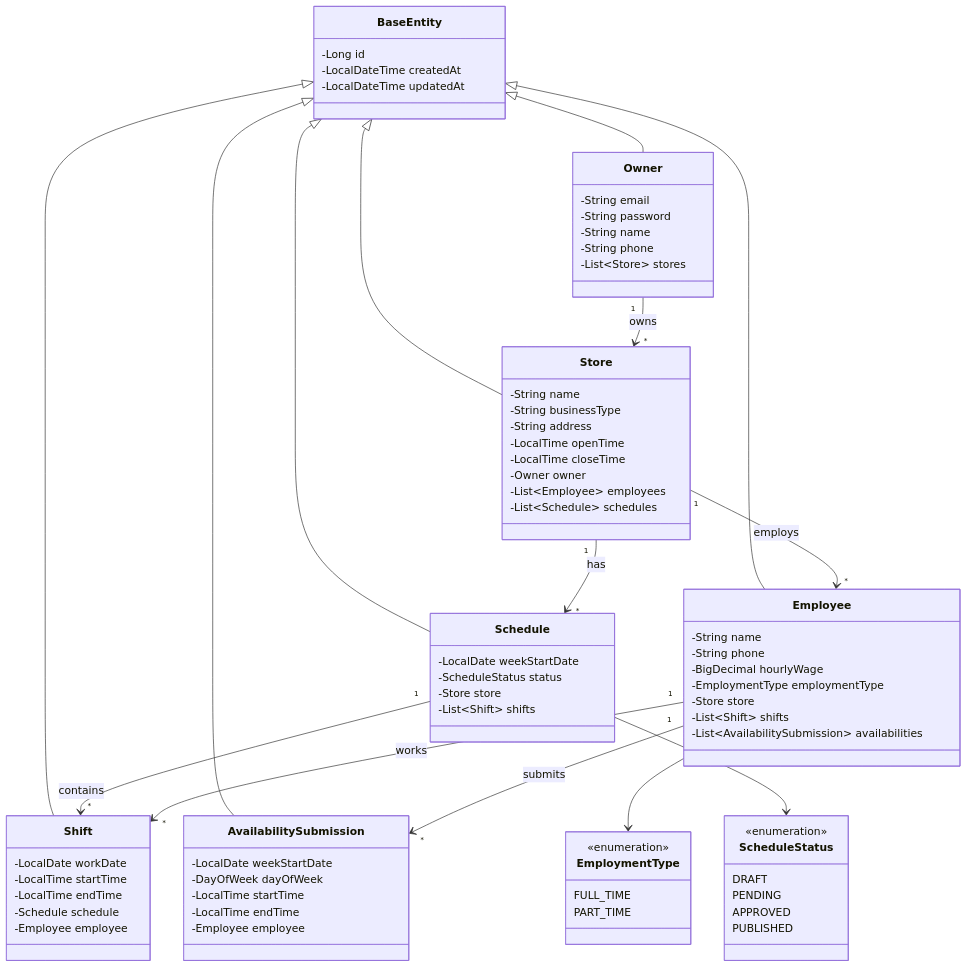
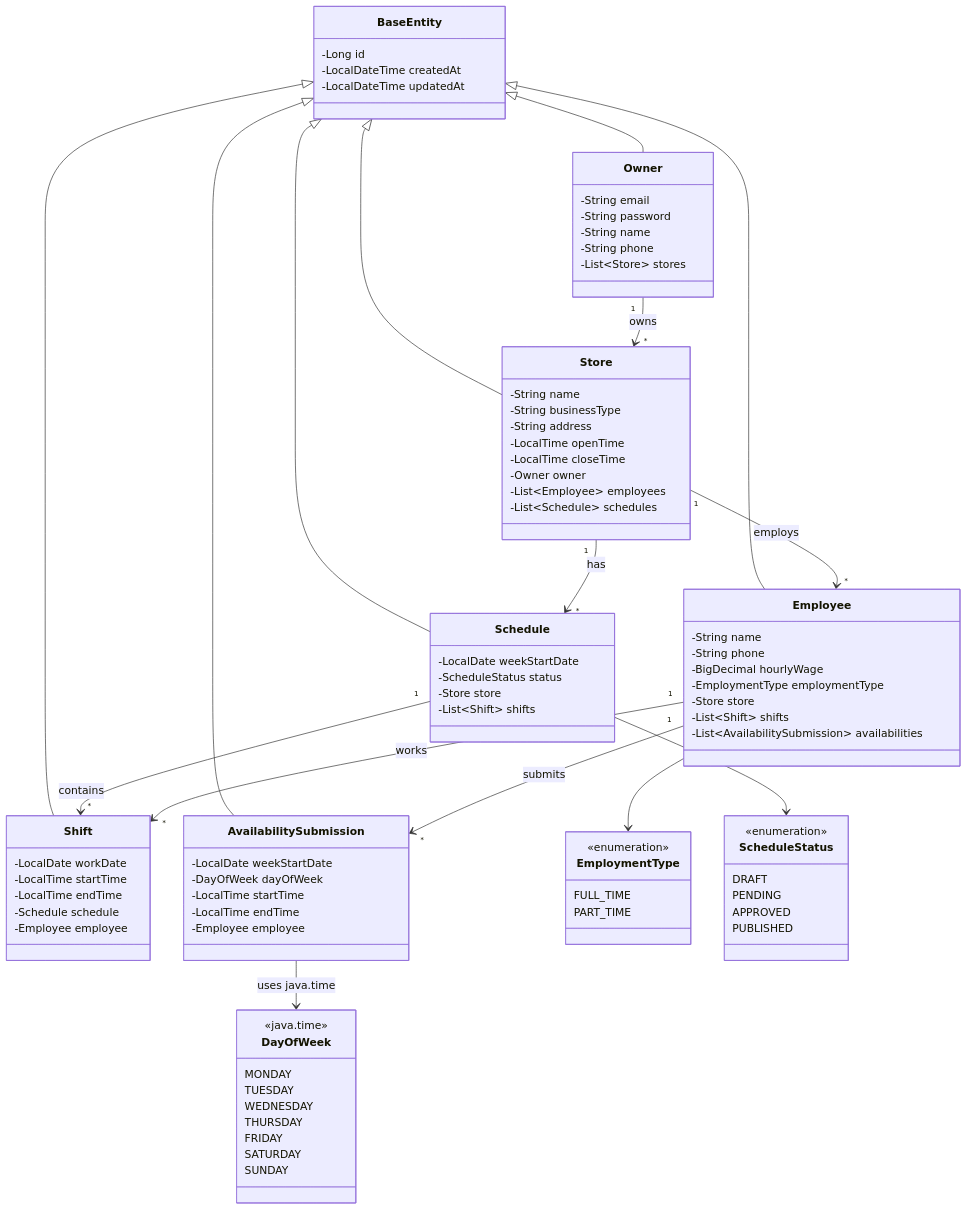
Before and after one commit to beyondnr/SCON-Backend: the second of 2 diagrams in tasks/github-issues/issue-002-SCON-ENV-002.md, drawn with Mermaid. The commit also changed other lines of this file and 4 other files, not shown here.

````diff
--- a/tasks/github-issues/issue-002-SCON-ENV-002.md
+++ b/tasks/github-issues/issue-002-SCON-ENV-002.md
@@ -319,6 +319,17 @@
         APPROVED
         PUBLISHED
     }
+
+    class DayOfWeek {
+        <<java.time>>
+        MONDAY
+        TUESDAY
+        WEDNESDAY
+        THURSDAY
+        FRIDAY
+        SATURDAY
+        SUNDAY
+    }
     
     BaseEntity <|-- Owner
     BaseEntity <|-- Store
@@ -336,4 +347,5 @@
     
     Employee --> EmploymentType
     Schedule --> ScheduleStatus
+    AvailabilitySubmission --> DayOfWeek : uses java.time
 ```
````
